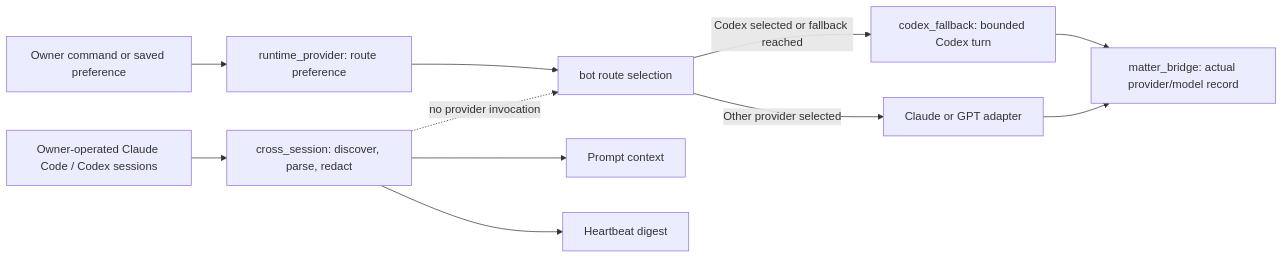
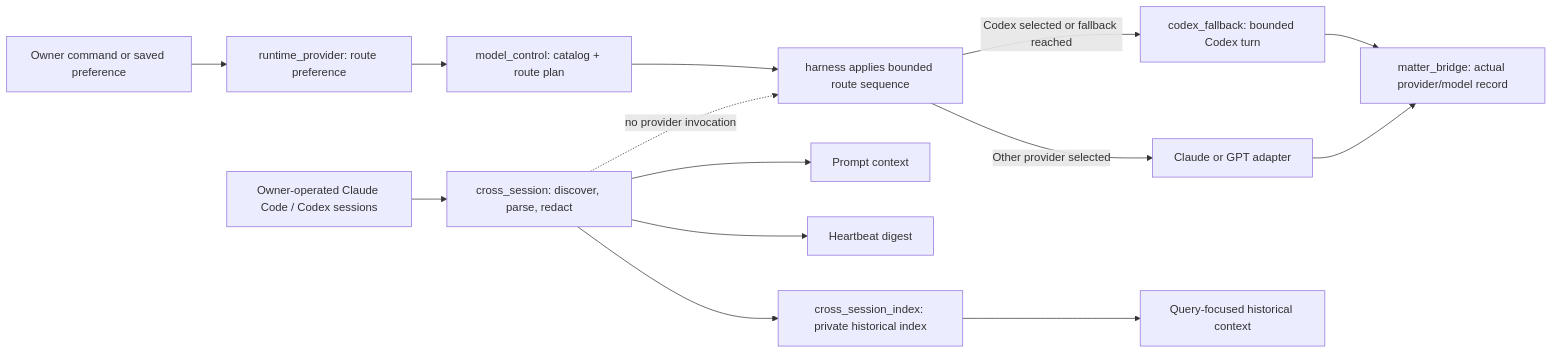
The diagram in DECISIONS.md (phronesis-io/pascal-jarvis), drawn with Mermaid before and after one commit. The commit also changed other lines of this file and 84 other files, not shown here.

````diff
--- a/DECISIONS.md
+++ b/DECISIONS.md
@@ -32,14 +36,17 @@
 ```mermaid
 flowchart LR
     User["Owner command or saved preference"] --> Choice["runtime_provider: route preference"]
-    Choice --> Router["bot route selection"]
+    Choice --> Policy["model_control: catalog + route plan"]
+    Policy --> Router["harness applies bounded route sequence"]
     Router -->|Codex selected or fallback reached| Codex["codex_fallback: bounded Codex turn"]
     Router -->|Other provider selected| Other["Claude or GPT adapter"]
     Codex --> Actual["matter_bridge: actual provider/model record"]
     Other --> Actual
 
     Interactive["Owner-operated Claude Code / Codex sessions"] --> Continuity["cross_session: discover, parse, redact"]
     Continuity --> Prompt["Prompt context"]
     Continuity --> Digest["Heartbeat digest"]
+    Continuity --> Index["cross_session_index: private historical index"]
+    Index --> Query["Query-focused historical context"]
     Continuity -. no provider invocation .-> Router
 ```
````
